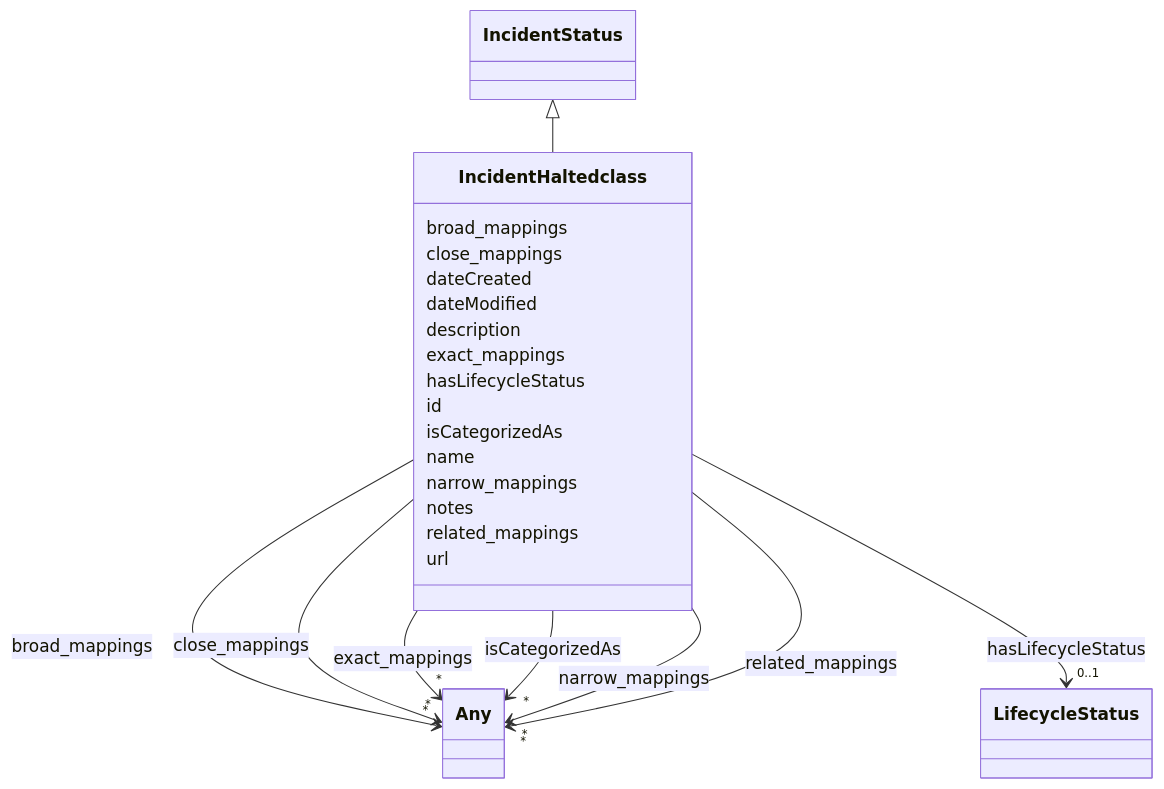
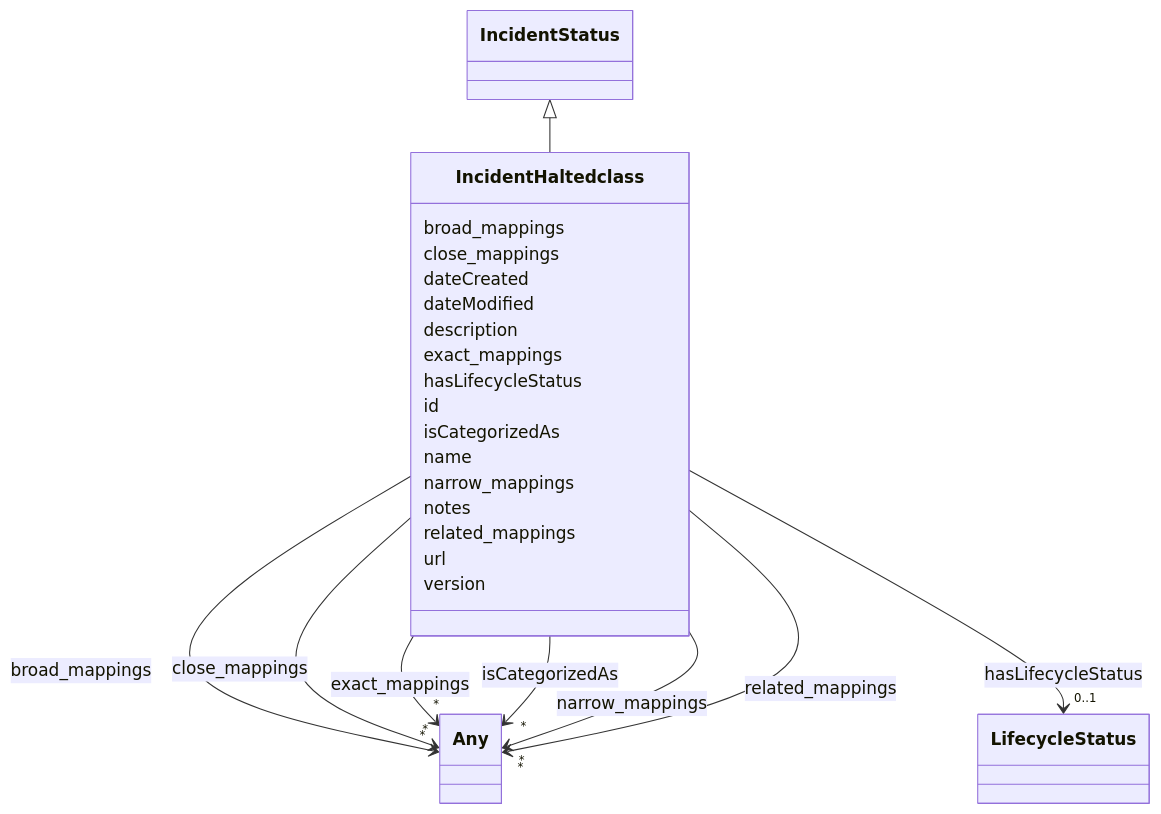
The diagram in docs/ontology/IncidentHaltedclass.md (IBM/ai-atlas-nexus), drawn with Mermaid before and after one commit. The commit also changed other lines of this file and 101 other files, not shown here.

````diff
--- a/docs/ontology/IncidentHaltedclass.md
+++ b/docs/ontology/IncidentHaltedclass.md
@@ -107,5 +107,7 @@
 
       IncidentHaltedclass : url
 
+      IncidentHaltedclass : version
+
 
 ```
````
